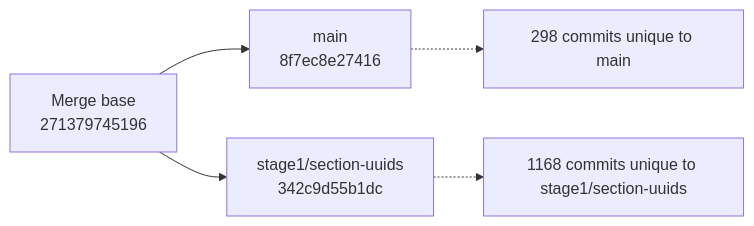
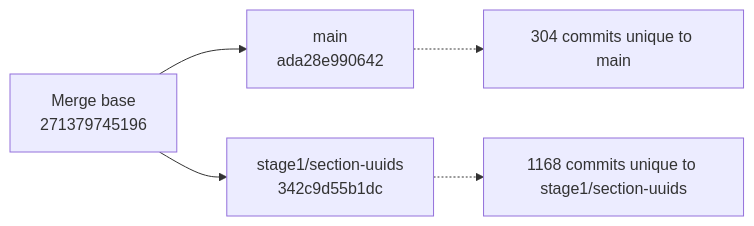
The diagram in branch-graphify-results/latest/git-lineage.mmd (snoopdock/Finite_element_analysis_project), drawn with Mermaid before and after one commit. The commit also changed 10 other files, not shown here.

Commit message:
Update Graphify branch analysis [skip ci]

```diff
--- a/branch-graphify-results/latest/git-lineage.mmd
+++ b/branch-graphify-results/latest/git-lineage.mmd
@@ -1,10 +1,10 @@
 flowchart LR
   MB["Merge base<br/>271379745196"]
-  B["main<br/>8f7ec8e27416"]
+  B["main<br/>ada28e990642"]
   C["stage1/section-uuids<br/>342c9d55b1dc"]
   MB --> B
   MB --> C
-  B_note["298 commits unique to main"]
+  B_note["304 commits unique to main"]
   C_note["1168 commits unique to stage1/section-uuids"]
   B -.-> B_note
   C -.-> C_note
```
